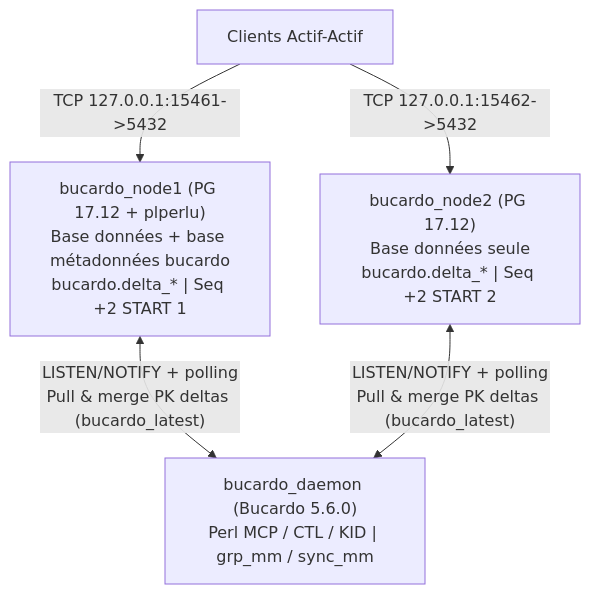
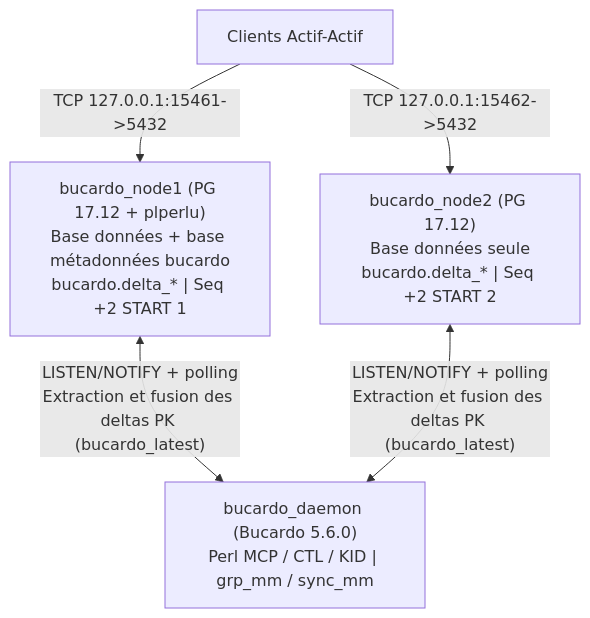
The diagram in docs/fr/solutions/bucardo.md (jmrenouard/ClusterPostgreSQL-Series), drawn with Mermaid before and after one commit. The commit also changed other lines of this file and 3 other files, not shown here.

````diff
--- a/docs/fr/solutions/bucardo.md
+++ b/docs/fr/solutions/bucardo.md
@@ -32,7 +32,7 @@
 ```mermaid
 flowchart TB
     C["Clients Actif-Actif"] -->|"TCP 127.0.0.1:15461->5432"| N1["bucardo_node1 (PG 17.12 + plperlu)<br/>Base données + base métadonnées bucardo<br/>bucardo.delta_* | Seq +2 START 1"]
     C -->|"TCP 127.0.0.1:15462->5432"| N2["bucardo_node2 (PG 17.12)<br/>Base données seule<br/>bucardo.delta_* | Seq +2 START 2"]
-    N1 <-->|"LISTEN/NOTIFY + polling<br/>Pull & merge PK deltas (bucardo_latest)"| D["bucardo_daemon (Bucardo 5.6.0)<br/>Perl MCP / CTL / KID | grp_mm / sync_mm"]
-    N2 <-->|"LISTEN/NOTIFY + polling<br/>Pull & merge PK deltas (bucardo_latest)"| D
+    N1 <-->|"LISTEN/NOTIFY + polling<br/>Extraction et fusion des deltas PK (bucardo_latest)"| D["bucardo_daemon (Bucardo 5.6.0)<br/>Perl MCP / CTL / KID | grp_mm / sync_mm"]
+    N2 <-->|"LISTEN/NOTIFY + polling<br/>Extraction et fusion des deltas PK (bucardo_latest)"| D
 ```
````
